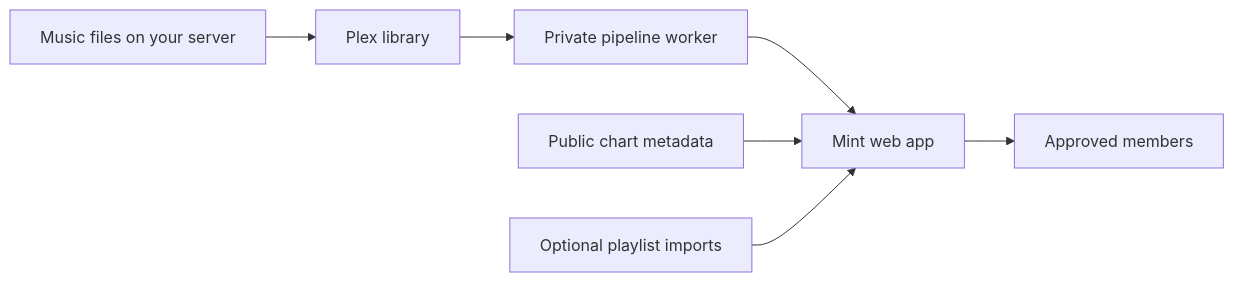
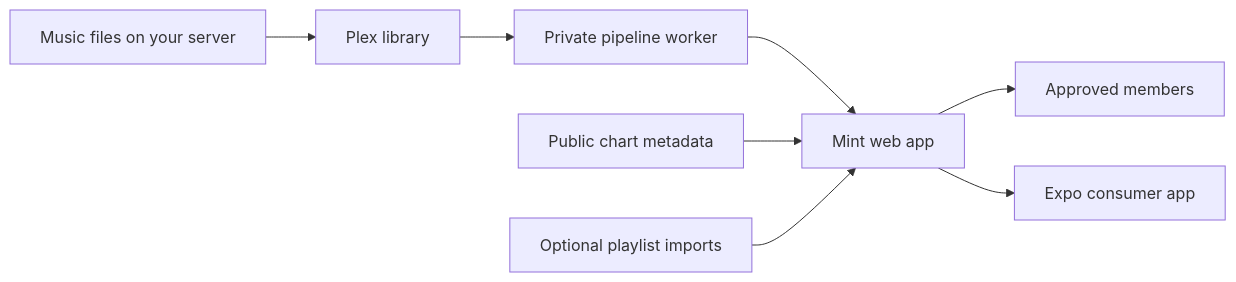
One commit to ChickenBone/mint changed the diagram in README.md. Above: the diagram before and after it, drawn with Mermaid. The commit also changed other lines of this file and 65 other files, not shown here.

````diff
--- a/README.md
+++ b/README.md
@@ -147,9 +164,10 @@
 ```mermaid
 flowchart LR
   files[Music files on your server] --> plex[Plex library]
   plex --> worker
   worker[Private pipeline worker] --> mint[Mint web app]
   charts[Public chart metadata] --> mint
   imports[Optional playlist imports] --> mint
   mint --> listener[Approved members]
+  mint --> mobile[Expo consumer app]
 ```
````
